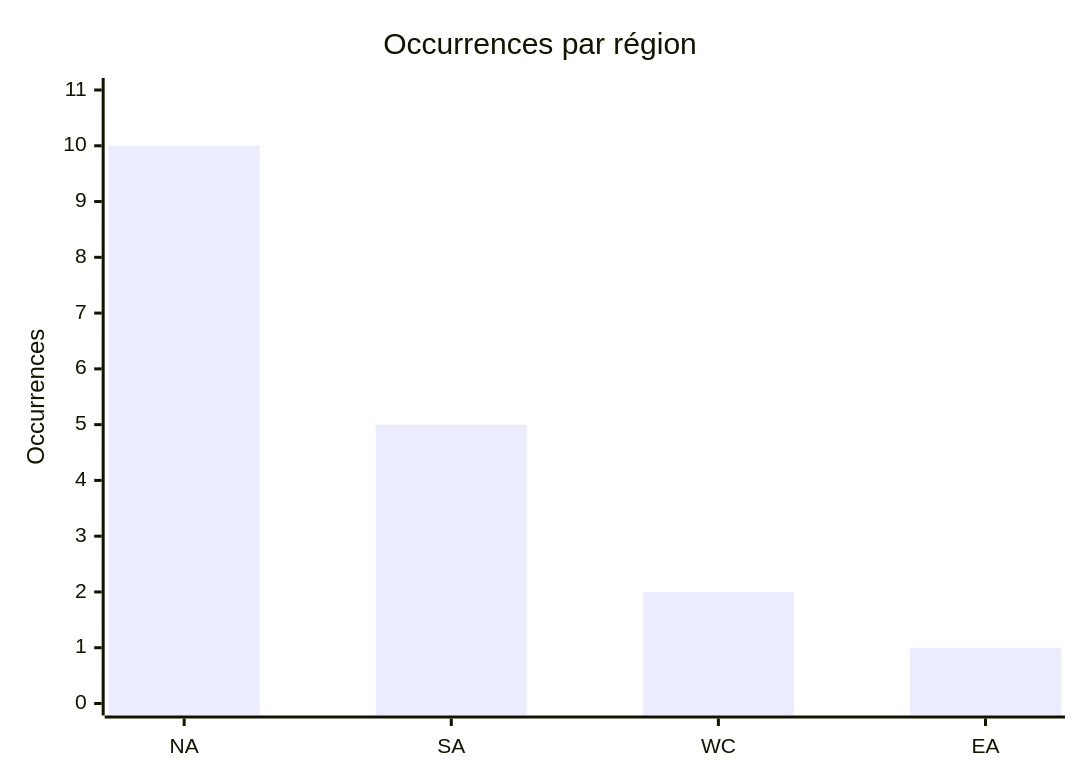
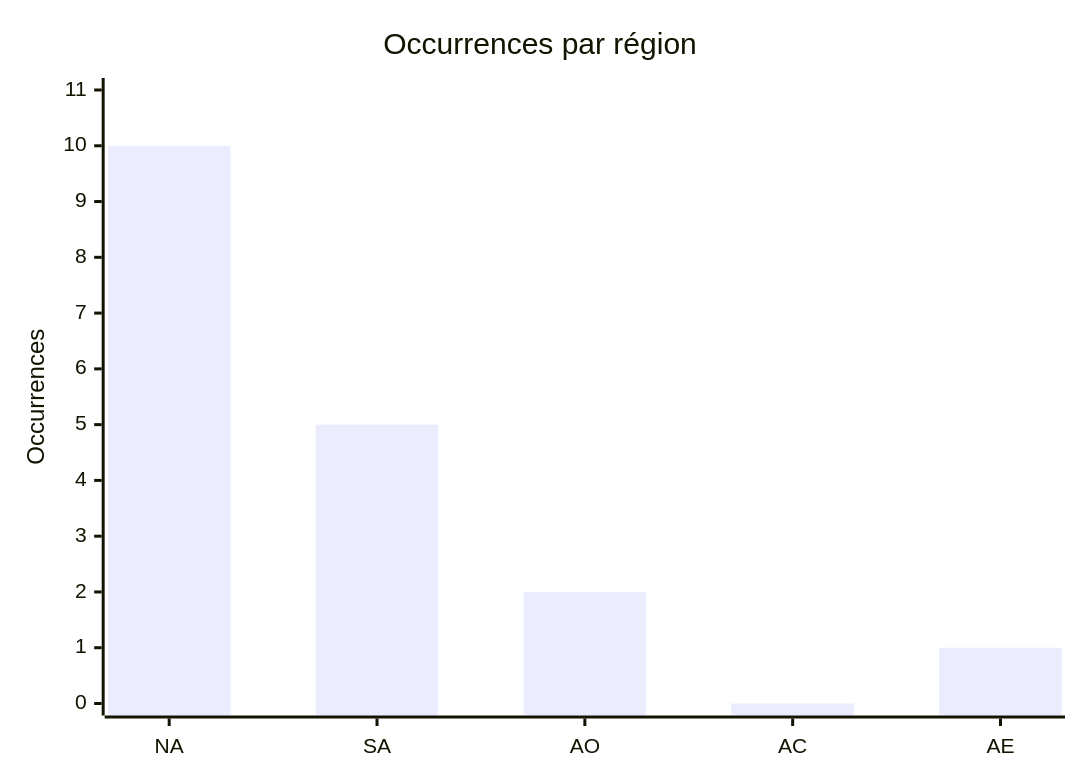
The third of 4 diagrams in CyberAttackAfrica/2025/12-december/README_FR.md (Hatchepsoute/AFRINTEL), drawn with Mermaid before and after one commit. The commit also changed other lines of this file and 109 other files, not shown here.

````diff
--- a/CyberAttackAfrica/2025/12-december/README_FR.md
+++ b/CyberAttackAfrica/2025/12-december/README_FR.md
@@ -148,7 +149,7 @@
 ```mermaid
 xychart
     title "Occurrences par région"
-    x-axis ["NA","SA","WC","EA"]
+    x-axis ["NA","SA","AO","AC","AE"]
     y-axis "Occurrences" 0 --> 11
-    bar [10,5,2,1]
+    bar [10,5,2,0,1]
 ```
````
